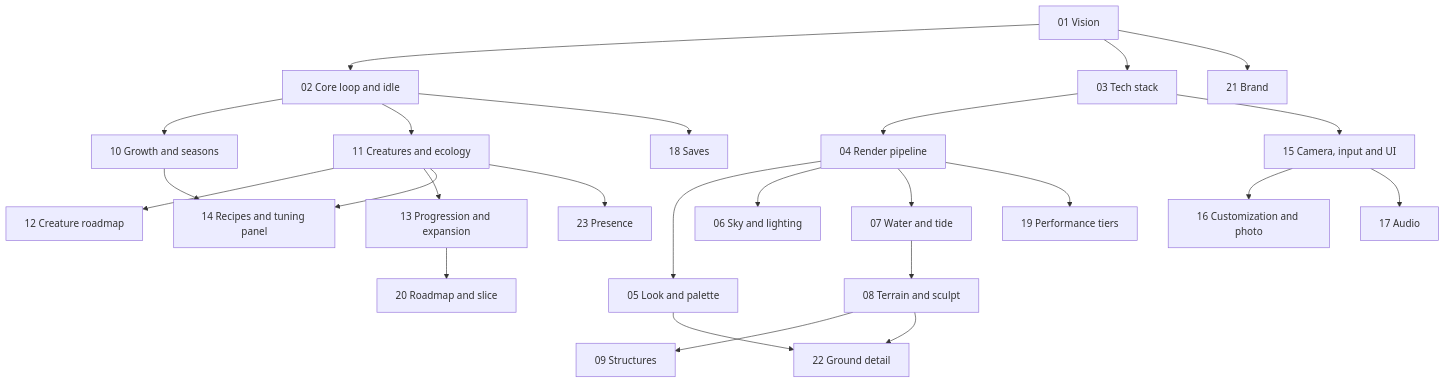
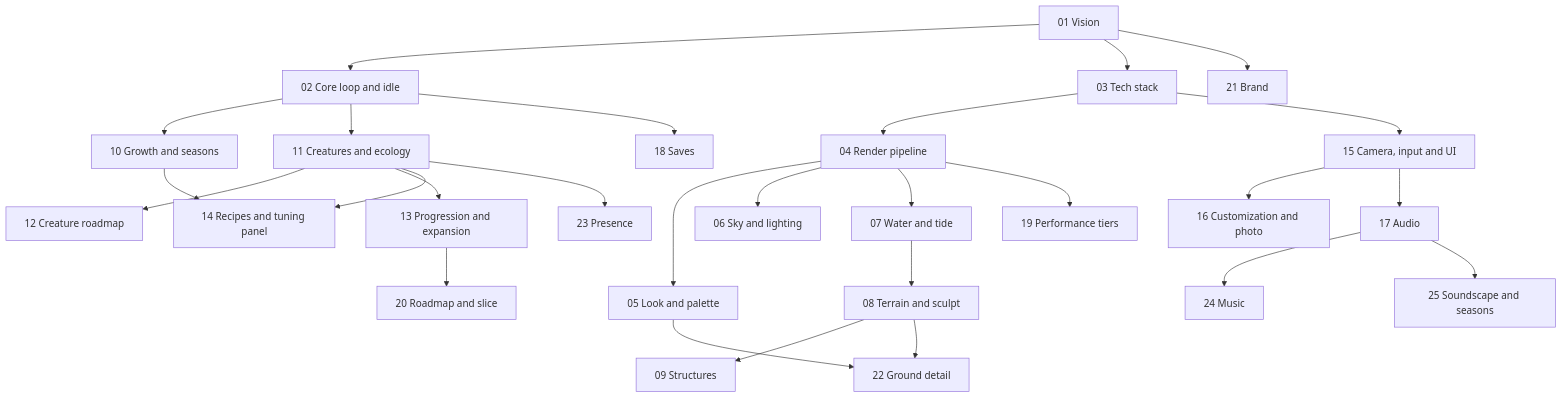
One commit to mshomper/ebb changed the diagram in docs/README.md. Above: the diagram before and after it, drawn with Mermaid. The commit also changed other lines of this file and 31 other files, not shown here.

````diff
--- a/docs/README.md
+++ b/docs/README.md
@@ -7,27 +7,29 @@
 ```mermaid
 flowchart TD
     V[01 Vision] --> L[02 Core loop and idle]
     V --> T[03 Tech stack]
     T --> R[04 Render pipeline]
     R --> P[05 Look and palette]
     R --> S[06 Sky and lighting]
     R --> W[07 Water and tide]
     L --> G[10 Growth and seasons]
     L --> C[11 Creatures and ecology]
     C --> CR[12 Creature roadmap]
     C --> PX[13 Progression and expansion]
     W --> TE[08 Terrain and sculpt]
     TE --> ST[09 Structures]
     G --> RC[14 Recipes and tuning panel]
     C --> RC
     T --> UI[15 Camera, input and UI]
     UI --> CU[16 Customization and photo]
     UI --> AU[17 Audio]
     L --> SV[18 Saves]
     R --> PF[19 Performance tiers]
     PX --> RM[20 Roadmap and slice]
     V --> B[21 Brand]
     TE --> GD[22 Ground detail]
     P --> GD
     C --> PR[23 Presence]
+    AU --> MU[24 Music]
+    AU --> SS[25 Soundscape and seasons]
 ```
````
